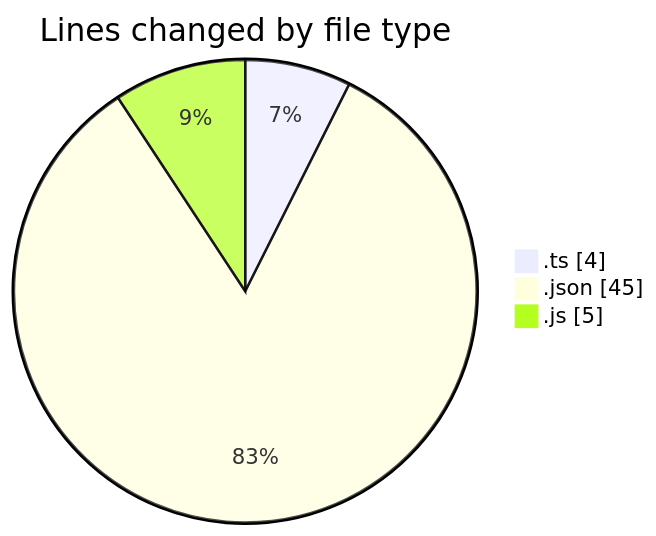
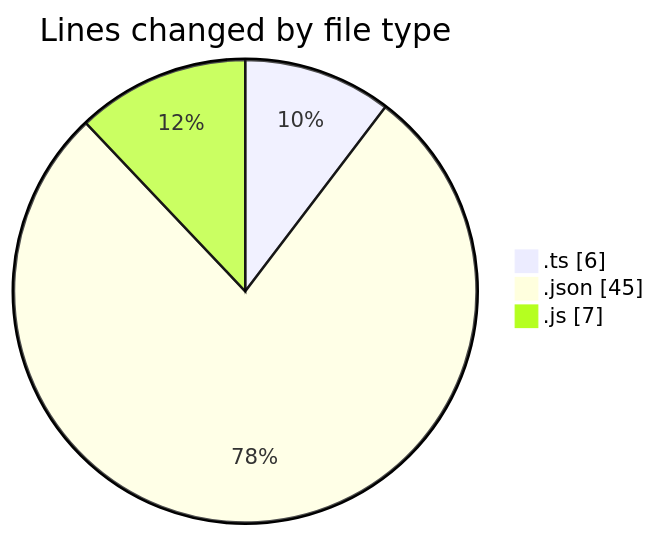
Before and after one commit to igalym/code-tracking: the first of 2 diagrams in 2026-03-02/typescript/README.md, drawn with Mermaid. The commit also changed other lines of this file and 1 other file, not shown here.

````diff
--- a/2026-03-02/typescript/README.md
+++ b/2026-03-02/typescript/README.md
@@ -23,7 +23,7 @@
 ```mermaid
 pie showData
 title Lines changed by file type
-".ts" : 4
+".ts" : 6
 ".json" : 45
-".js" : 5
+".js" : 7
 ```
````
